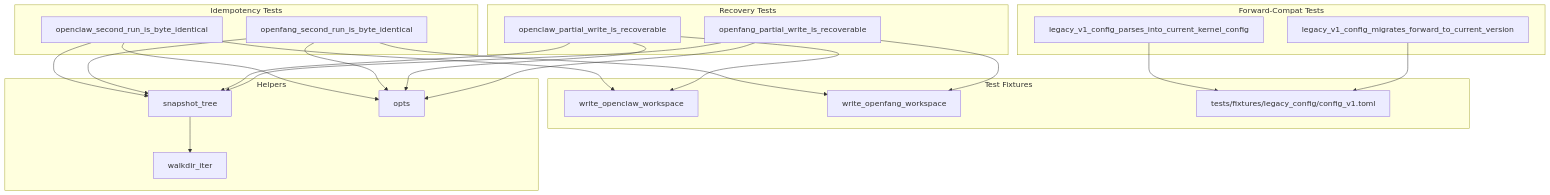
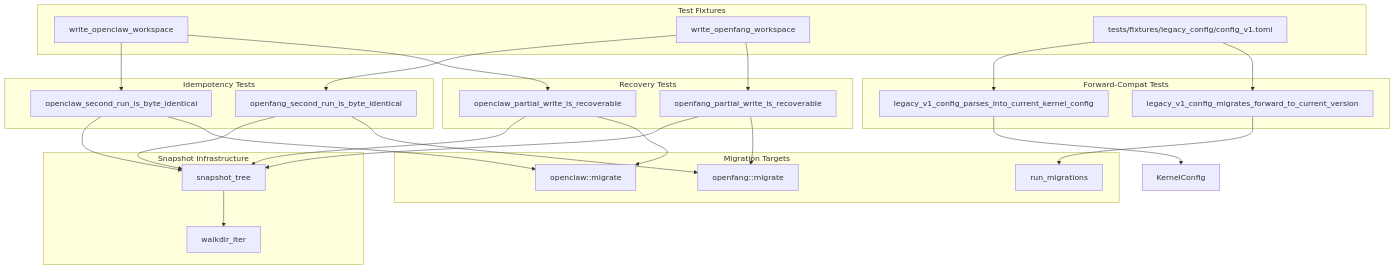
One commit to leszek3737/librefang-WIki changed the diagram in other-librefang-migrate-tests.md. Above: the diagram before and after it, drawn with Mermaid. The commit also changed other lines of this file and 110 other files, not shown here.

````diff
--- a/other-librefang-migrate-tests.md
+++ b/other-librefang-migrate-tests.md
@@ -17,35 +19,42 @@
 ```mermaid
 graph TD
     subgraph "Test Fixtures"
-        OCW[write_openclaw_workspace]
-        OFW[write_openfang_workspace]
+        OC[write_openclaw_workspace]
+        OF[write_openfang_workspace]
         FIX[tests/fixtures/legacy_config/config_v1.toml]
     end
 
-    subgraph "Helpers"
-        SN[snapshot_tree] --> WK[walkdir_iter]
-        OP[opts]
+    subgraph "Snapshot Infrastructure"
+        ST[snapshot_tree] --> WI[walkdir_iter]
+    end
+
+    subgraph "Migration Targets"
+        OM[openclaw::migrate]
+        FM[openfang::migrate]
+        RM[run_migrations]
     end
 
     subgraph "Idempotency Tests"
-        A[openclaw_second_run_is_byte_identical]
-        B[openfang_second_run_is_byte_identical]
+        T1[openclaw_second_run_is_byte_identical]
+        T2[openfang_second_run_is_byte_identical]
     end
 
     subgraph "Recovery Tests"
-        C[openclaw_partial_write_is_recoverable]
-        D[openfang_partial_write_is_recoverable]
+        T3[openclaw_partial_write_is_recoverable]
+        T4[openfang_partial_write_is_recoverable]
     end
 
     subgraph "Forward-Compat Tests"
-        E[legacy_v1_config_parses_into_current_kernel_config]
-        F[legacy_v1_config_migrates_forward_to_current_version]
+        T5[legacy_v1_config_parses_into_current_kernel_config]
+        T6[legacy_v1_config_migrates_forward_to_current_version]
     end
 
-    A --> OCW & SN & OP
-    B --> OFW & SN & OP
-    C --> OCW & SN & OP
-    D --> OFW & SN & OP
-    E --> FIX
-    F --> FIX
+    OC --> T1 & T3
+    OF --> T2 & T4
+    T1 & T2 & T3 & T4 --> ST
+    T1 & T3 --> OM
+    T2 & T4 --> FM
+    FIX --> T5 & T6
+    T5 --> KernelConfig
+    T6 --> RM
 ```
````
